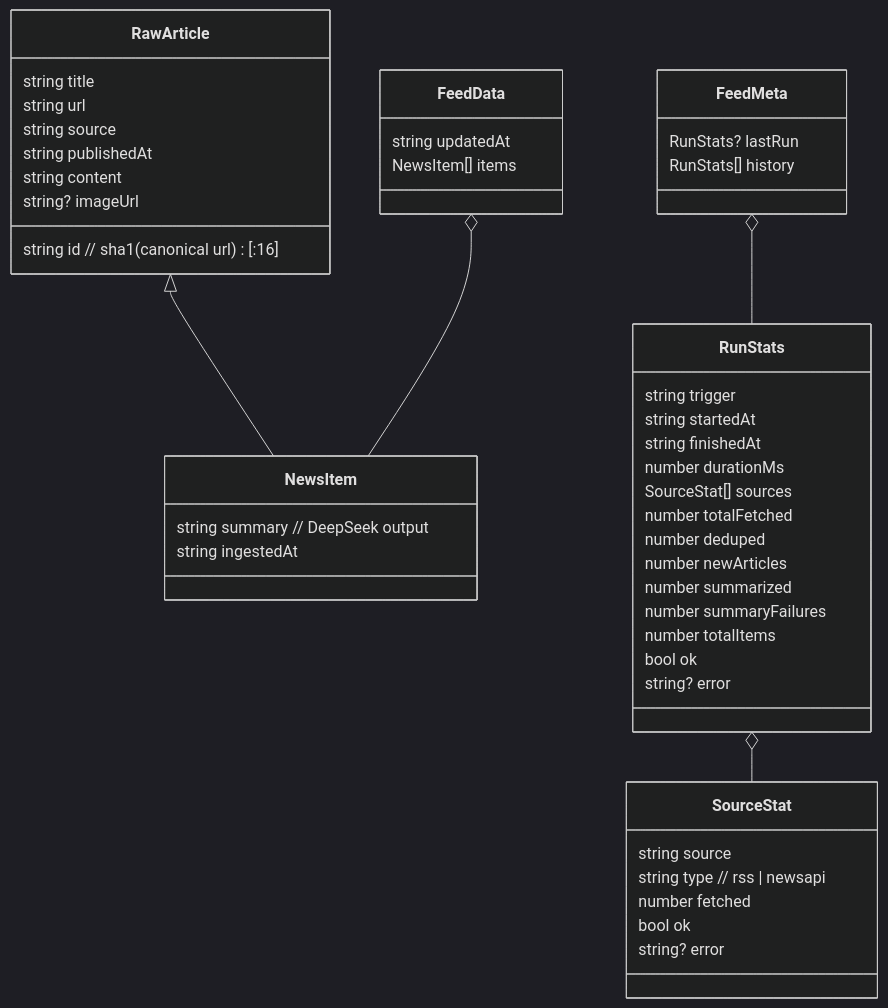
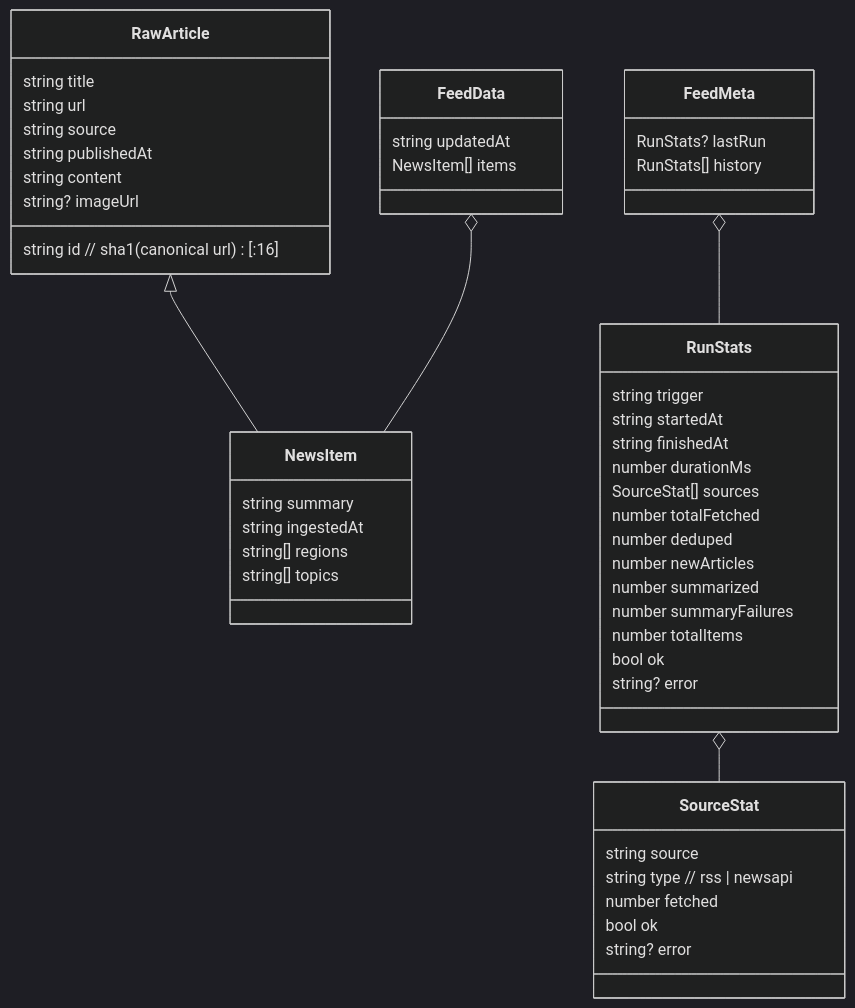
One commit to Djay96/realitea changed the fourth of 4 diagrams in docs/ARCHITECTURE.md. Above: the diagram before and after it, drawn with Mermaid (dark theme). The commit also changed other lines of this file and 15 other files, not shown here.

````diff
--- a/docs/ARCHITECTURE.md
+++ b/docs/ARCHITECTURE.md
@@ -167,50 +171,52 @@
 ```mermaid
 classDiagram
   class RawArticle {
     string id  // sha1(canonical url)[:16]
     string title
     string url
     string source
     string publishedAt
     string content
     string? imageUrl
   }
   class NewsItem {
-    string summary   // DeepSeek output
+    string summary
     string ingestedAt
+    string[] regions
+    string[] topics
   }
   class FeedData {
     string updatedAt
     NewsItem[] items
   }
   class SourceStat {
     string source
     string type  // rss | newsapi
     number fetched
     bool ok
     string? error
   }
   class RunStats {
     string trigger
     string startedAt
     string finishedAt
     number durationMs
     SourceStat[] sources
     number totalFetched
     number deduped
     number newArticles
     number summarized
     number summaryFailures
     number totalItems
     bool ok
     string? error
   }
   class FeedMeta {
     RunStats? lastRun
     RunStats[] history
   }
   RawArticle <|-- NewsItem
   FeedData o-- NewsItem
   RunStats o-- SourceStat
   FeedMeta o-- RunStats
 ```
````
